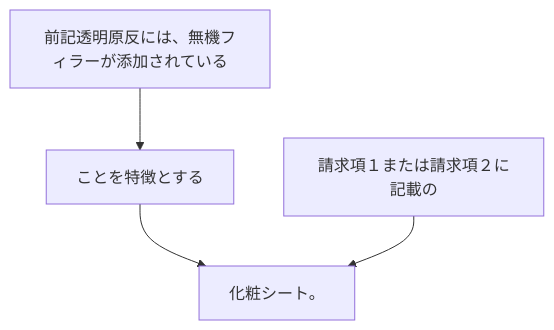
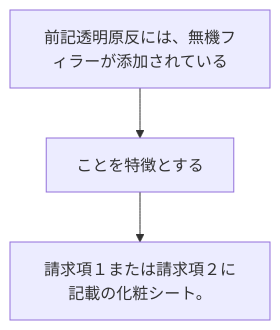
One commit to shinmori55/patent_analyzed changed the diagram in 2024/JP2024006643A/claim_4/README.md. Above: the diagram before and after it, drawn with Mermaid. The commit also changed 31 other files, not shown here.

````diff
--- a/2024/JP2024006643A/claim_4/README.md
+++ b/2024/JP2024006643A/claim_4/README.md
@@ -2,10 +2,8 @@
 ```mermaid
 flowchart TD
 A[前記透明原反には、無機フィラーが添加されている]
 B[ことを特徴とする]
-C[請求項１または請求項２に記載の]
-D[化粧シート。]
+C[請求項１または請求項２に記載の化粧シート。]
 A --> B
-B --> D
-C --> D
+B --> C
 ```
````
